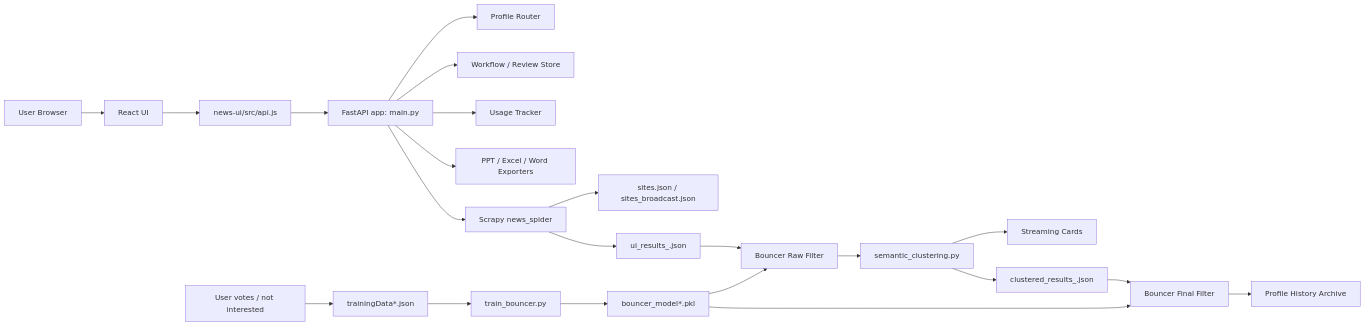
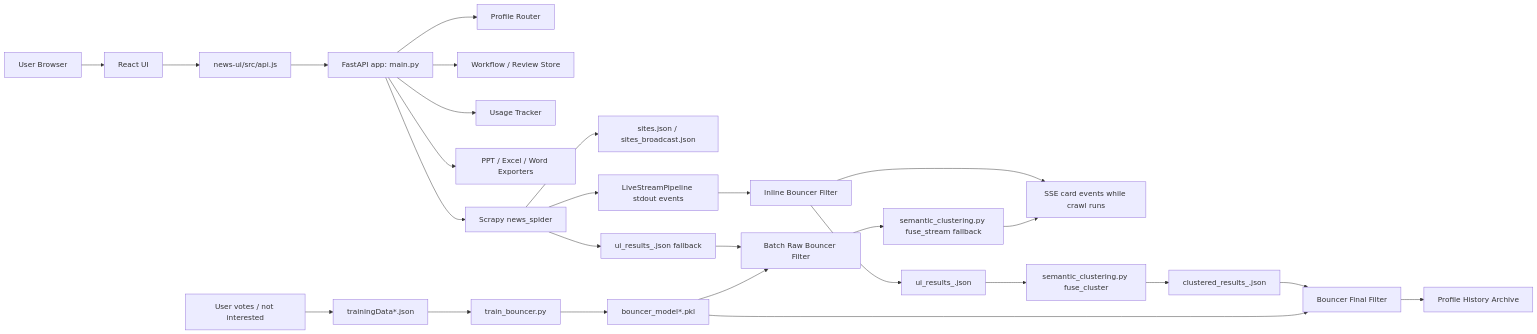
The first of 12 diagrams in FYI_BACKEND_ARCHITECTURE.md (tourist03/probable-succotash), drawn with Mermaid before and after one commit. The commit also changed other lines of this file and 10 other files, not shown here.

Commit message:
Improve live scan flow and archive docs

````diff
--- a/FYI_BACKEND_ARCHITECTURE.md
+++ b/FYI_BACKEND_ARCHITECTURE.md
@@ -79,28 +79,33 @@
 ```mermaid
 flowchart LR
     User["User Browser"] --> React["React UI"]
     React --> ApiJs["news-ui/src/api.js"]
     ApiJs --> FastAPI["FastAPI app: main.py"]
 
     FastAPI --> Profile["Profile Router"]
     FastAPI --> Workflow["Workflow / Review Store"]
     FastAPI --> Tracker["Usage Tracker"]
     FastAPI --> Exports["PPT / Excel / Word Exporters"]
 
     FastAPI --> Scrapy["Scrapy news_spider"]
     Scrapy --> Sites["sites.json / sites_broadcast.json"]
-    Scrapy --> Raw["ui_results_<job>.json"]
+    Scrapy --> LivePipe["LiveStreamPipeline stdout events"]
+    LivePipe --> LiveBouncer["Inline Bouncer Filter"]
+    LiveBouncer --> Stream["SSE card events while crawl runs"]
+    LiveBouncer --> Raw["ui_results_<job>.json"]
 
-    Raw --> BouncerRaw["Bouncer Raw Filter"]
-    BouncerRaw --> Fusion["semantic_clustering.py"]
-    Fusion --> Stream["Streaming Cards"]
+    Scrapy --> RawFallback["ui_results_<job>.json fallback"]
+    RawFallback --> BouncerRaw["Batch Raw Bouncer Filter"]
+    BouncerRaw --> FusionFallback["semantic_clustering.py fuse_stream fallback"]
+    FusionFallback --> Stream
+    Raw --> Fusion["semantic_clustering.py fuse_cluster"]
     Fusion --> Clustered["clustered_results_<job>.json"]
     Clustered --> BouncerFinal["Bouncer Final Filter"]
     BouncerFinal --> History["Profile History Archive"]
 
     Training["User votes / not interested"] --> TrainFile["trainingData*.json"]
     TrainFile --> TrainBouncer["train_bouncer.py"]
     TrainBouncer --> Model["bouncer_model*.pkl"]
     Model --> BouncerRaw
     Model --> BouncerFinal
 ```
````
